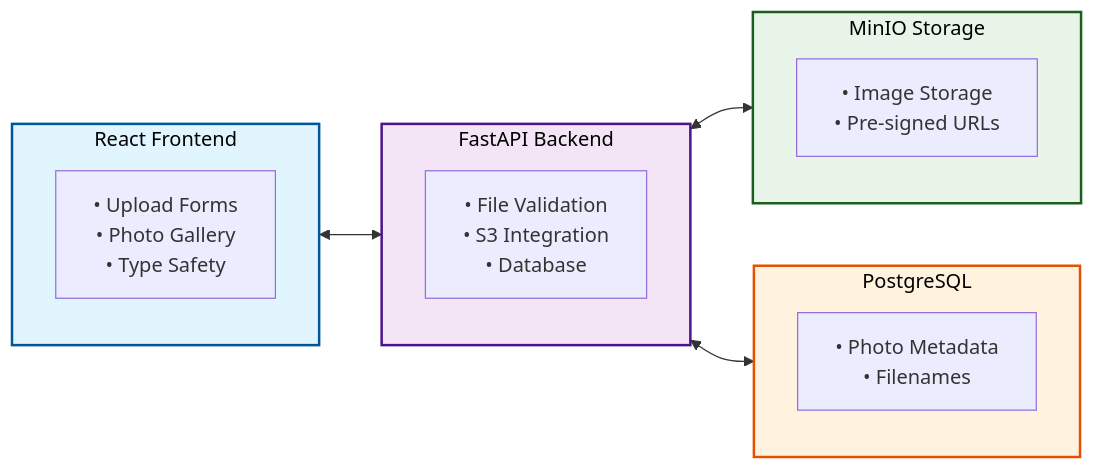
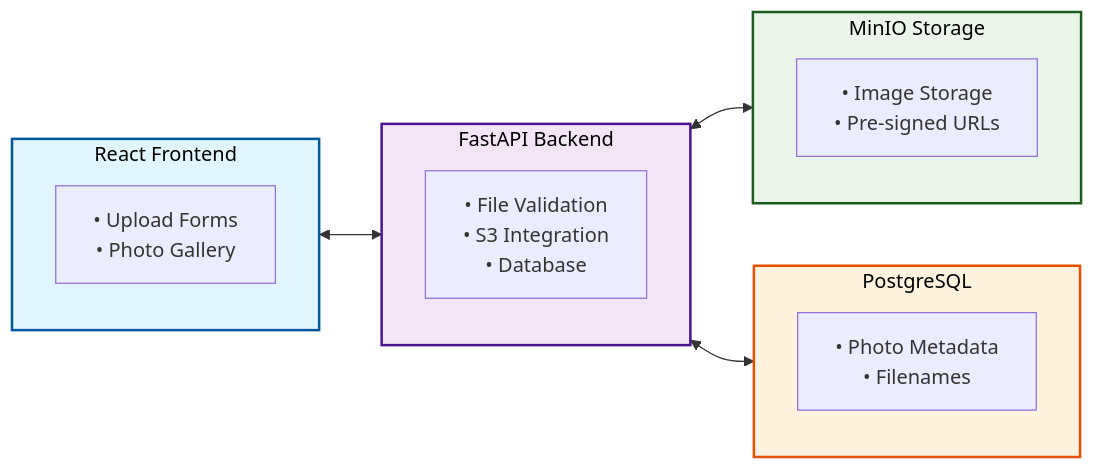
One commit to bartdorsey/image-upload-demo changed the diagram in LESSON.md. Above: the diagram before and after it, drawn with Mermaid.

Commit message:
Remove Type Safety from architecture diagram
- Focus on user-facing functional components
- Keep diagram simple with Upload Forms and Photo Gallery
- Remove implementation detail that doesn't belong in high-level architecture

````diff
--- a/LESSON.md
+++ b/LESSON.md
@@ -108,32 +108,32 @@
 ```mermaid
 graph LR
     subgraph Frontend["React Frontend"]
-        A["• Upload Forms<br/>• Photo Gallery<br/>• Type Safety"]
+        A["• Upload Forms<br/>• Photo Gallery"]
     end
 
     subgraph Backend["FastAPI Backend"]
         B["• File Validation<br/>• S3 Integration<br/>• Database"]
     end
 
     subgraph Storage["MinIO Storage"]
         C["• Image Storage<br/>• Pre-signed URLs"]
     end
 
     subgraph Database["PostgreSQL"]
         D["• Photo Metadata<br/>• Filenames"]
     end
 
     Frontend <--> Backend
     Backend <--> Storage
     Backend <--> Database
 
     classDef frontend fill:#e1f5fe,stroke:#01579b,stroke-width:2px,color:#000
     classDef backend fill:#f3e5f5,stroke:#4a148c,stroke-width:2px,color:#000
     classDef storage fill:#e8f5e8,stroke:#1b5e20,stroke-width:2px,color:#000
     classDef database fill:#fff3e0,stroke:#e65100,stroke-width:2px,color:#000
 
     class Frontend frontend
     class Backend backend
     class Storage storage
     class Database database
 ```
````
